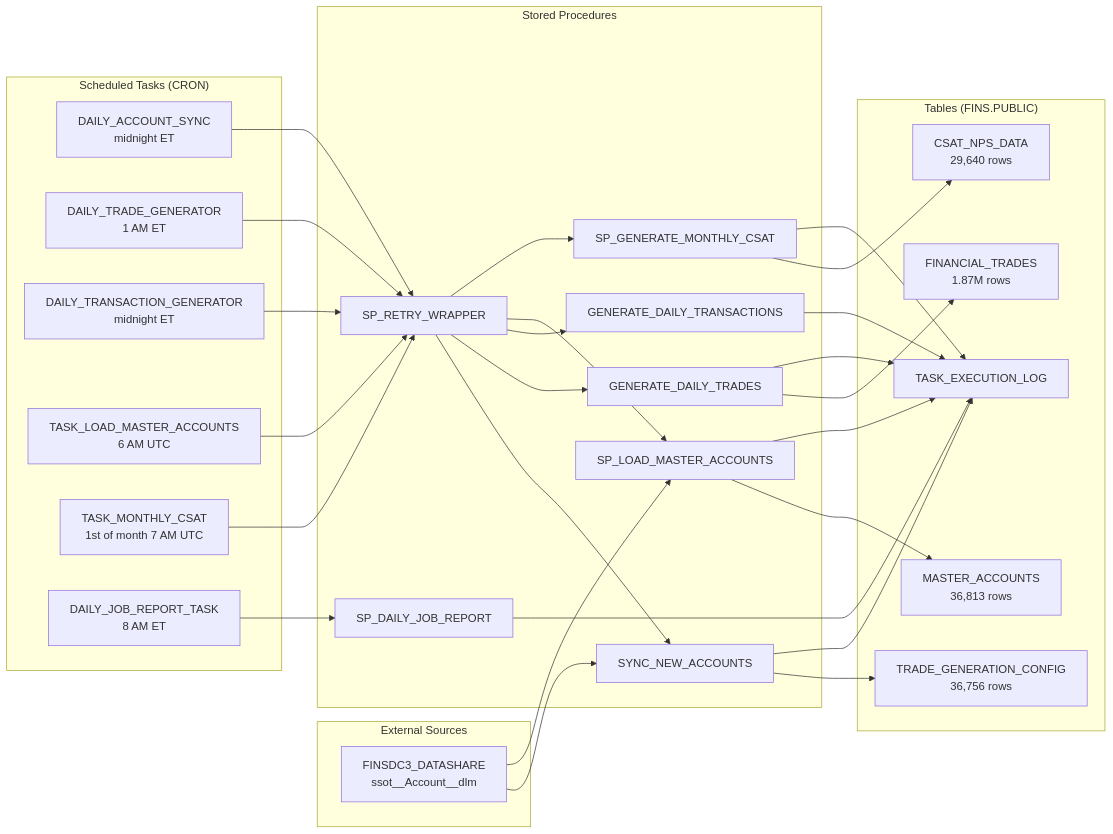
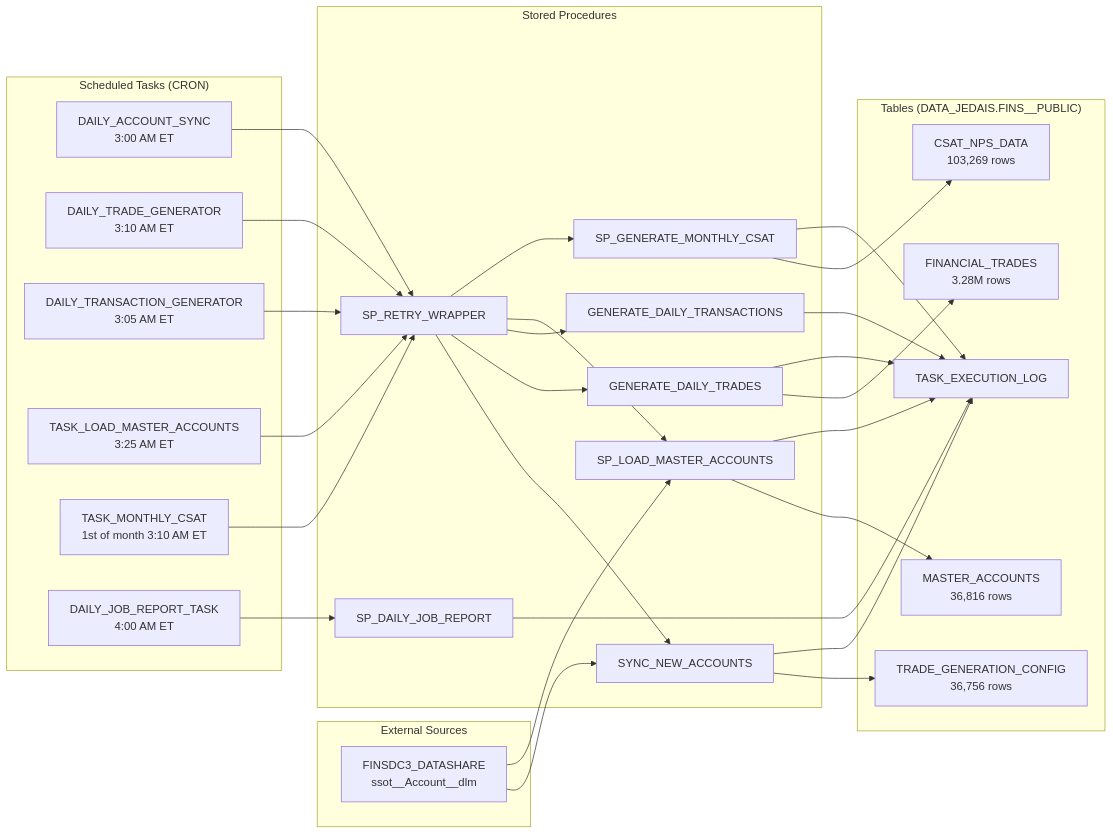
The diagram in Snowflake/README.md (josers18/JDO), drawn with Mermaid before and after one commit. The commit also changed other lines of this file and 167 other files, not shown here.

First line of the commit message:
docs: migrate all Snowflake references from GSB13421 FINS.PUBLIC to SFDC_DC_TECH_ARCH DATA_JEDAIS.FINS__PUBLIC

````diff
--- a/Snowflake/README.md
+++ b/Snowflake/README.md
@@ -35,42 +35,42 @@
 ```mermaid
 graph LR
     subgraph "External Sources"
         DC[FINSDC3_DATASHARE<br/>ssot__Account__dlm]
     end
 
     subgraph "Scheduled Tasks (CRON)"
-        T1[DAILY_ACCOUNT_SYNC<br/>midnight ET]
-        T2[DAILY_TRADE_GENERATOR<br/>1 AM ET]
-        T3[DAILY_TRANSACTION_GENERATOR<br/>midnight ET]
-        T4[TASK_LOAD_MASTER_ACCOUNTS<br/>6 AM UTC]
-        T5[TASK_MONTHLY_CSAT<br/>1st of month 7 AM UTC]
-        T6[DAILY_JOB_REPORT_TASK<br/>8 AM ET]
+        T1[DAILY_ACCOUNT_SYNC<br/>3:00 AM ET]
+        T2[DAILY_TRADE_GENERATOR<br/>3:10 AM ET]
+        T3[DAILY_TRANSACTION_GENERATOR<br/>3:05 AM ET]
+        T4[TASK_LOAD_MASTER_ACCOUNTS<br/>3:25 AM ET]
+        T5[TASK_MONTHLY_CSAT<br/>1st of month 3:10 AM ET]
+        T6[DAILY_JOB_REPORT_TASK<br/>4:00 AM ET]
     end
 
     subgraph "Stored Procedures"
         P1[SYNC_NEW_ACCOUNTS]
         P2[GENERATE_DAILY_TRADES]
         P3[GENERATE_DAILY_TRANSACTIONS]
         P4[SP_LOAD_MASTER_ACCOUNTS]
         P5[SP_GENERATE_MONTHLY_CSAT]
         P6[SP_DAILY_JOB_REPORT]
         RW[SP_RETRY_WRAPPER]
     end
 
-    subgraph "Tables (FINS.PUBLIC)"
-        MA[MASTER_ACCOUNTS<br/>36,813 rows]
+    subgraph "Tables (DATA_JEDAIS.FINS__PUBLIC)"
+        MA[MASTER_ACCOUNTS<br/>36,816 rows]
         TGC[TRADE_GENERATION_CONFIG<br/>36,756 rows]
-        FT[FINANCIAL_TRADES<br/>1.87M rows]
-        CSAT[CSAT_NPS_DATA<br/>29,640 rows]
+        FT[FINANCIAL_TRADES<br/>3.28M rows]
+        CSAT[CSAT_NPS_DATA<br/>103,269 rows]
         LOG[TASK_EXECUTION_LOG]
     end
 
     DC --> P1 & P4
     T1 --> RW --> P1 --> TGC
     T2 --> RW --> P2 --> FT
     T3 --> RW --> P3
     T4 --> RW --> P4 --> MA
     T5 --> RW --> P5 --> CSAT
     T6 --> P6 --> LOG
     P1 & P2 & P3 & P4 & P5 --> LOG
 ```
````
